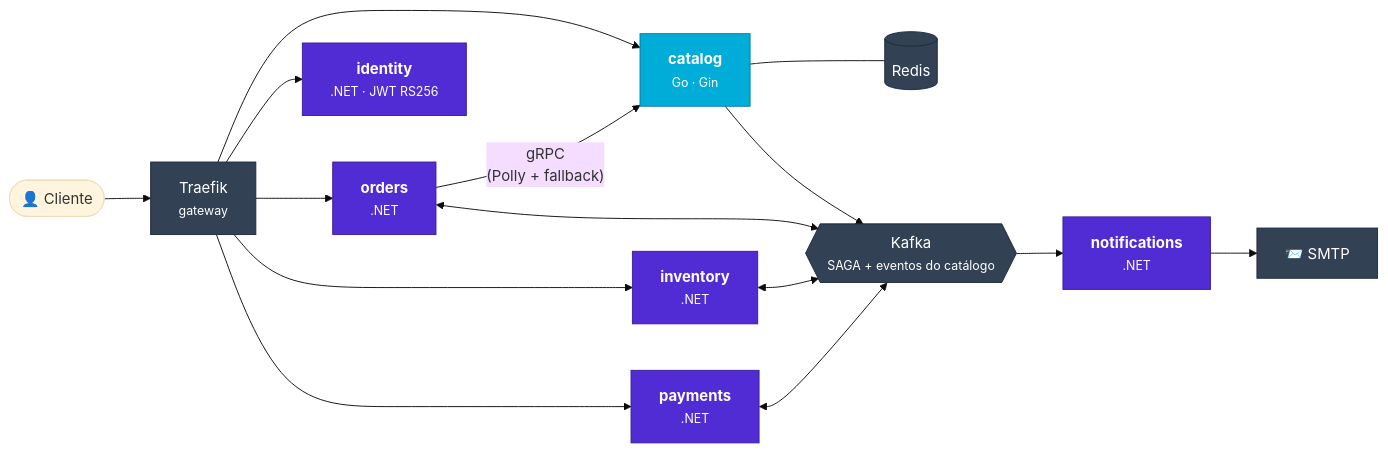
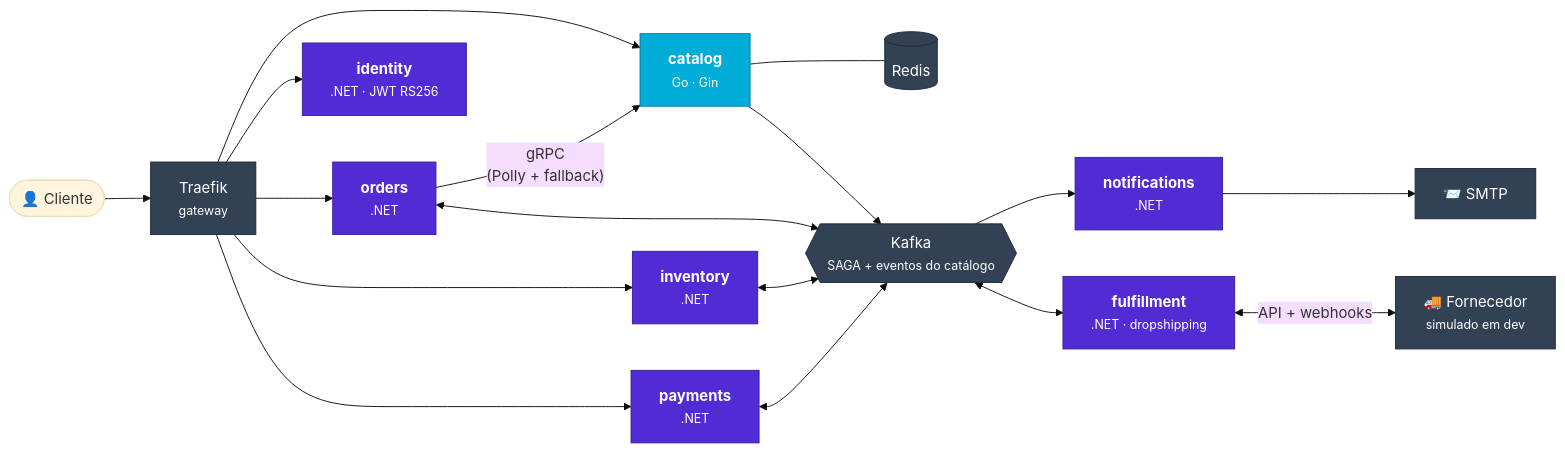
One commit to mateus-vitor-ferreira-dev/compra-facil changed the diagram in README.md. Above: the diagram before and after it, drawn with Mermaid (base theme). The commit also changed other lines of this file and 71 other files, not shown here.

First line of the commit message:
feat(fulfillment): o pedido pago vai ao fornecedor de dropshipping, simulado em dev (#216)

````diff
--- a/README.md
+++ b/README.md
@@ -110,22 +111,24 @@
 ```mermaid
 flowchart LR
     cliente(["👤 Cliente"]) --> gateway["Traefik<br/><small>gateway</small>"]
     gateway --> catalog["<b>catalog</b><br/><small>Go · Gin</small>"]
     gateway --> orders["<b>orders</b><br/><small>.NET</small>"]
     gateway --> inventory["<b>inventory</b><br/><small>.NET</small>"]
     gateway --> payments["<b>payments</b><br/><small>.NET</small>"]
     gateway --> identity["<b>identity</b><br/><small>.NET · JWT RS256</small>"]
     catalog --- redis[("Redis")]
     orders -- "gRPC<br/>(Polly + fallback)" --> catalog
     catalog --> kafka{{"Kafka<br/><small>SAGA + eventos do catálogo</small>"}}
     orders & inventory & payments <--> kafka
     kafka --> notifications["<b>notifications</b><br/><small>.NET</small>"]
     notifications --> mail["📨 SMTP"]
+    kafka <--> fulfillment["<b>fulfillment</b><br/><small>.NET · dropshipping</small>"]
+    fulfillment <-- "API + webhooks" --> supplier["🚚 Fornecedor<br/><small>simulado em dev</small>"]
 
     classDef go fill:#00ADD8,stroke:#007d9c,color:#fff
     classDef net fill:#512BD4,stroke:#3a1f99,color:#fff
     classDef infra fill:#334155,stroke:#1e293b,color:#fff
     class catalog go
-    class orders,inventory,payments,notifications,identity net
-    class gateway,kafka,redis,mail infra
+    class orders,inventory,payments,notifications,identity,fulfillment net
+    class gateway,kafka,redis,mail,supplier infra
 ```
````
